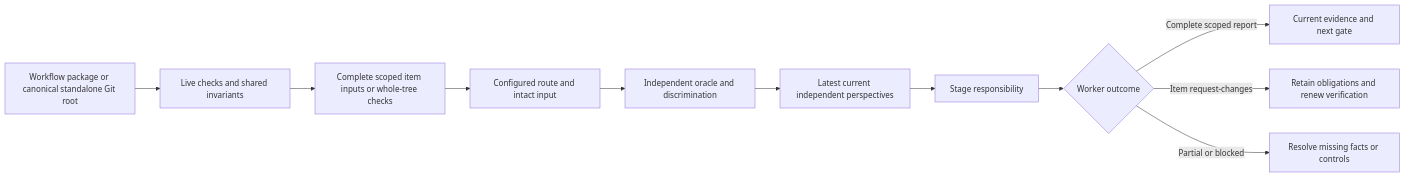
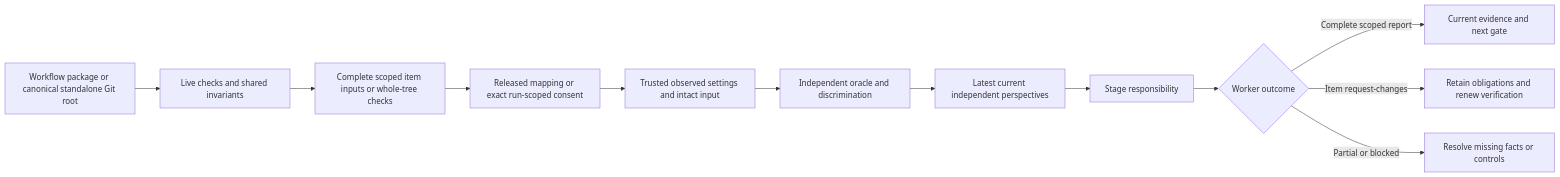
One commit to wgentil/devflow changed the diagram in skills/review-work/SKILL.md. Above: the diagram before and after it, drawn with Mermaid. The commit also changed other lines of this file and 14 other files, not shown here.

````diff
--- a/skills/review-work/SKILL.md
+++ b/skills/review-work/SKILL.md
@@ -18,13 +18,14 @@
 ```mermaid
 flowchart LR
     Scope[Workflow package or canonical standalone Git root] --> Checks[Live checks and shared invariants]
     Checks --> Inputs[Complete scoped item inputs or whole-tree checks]
-    Inputs --> Model[Configured route and intact input]
+    Inputs --> Eligibility[Released mapping or exact run-scoped consent]
+    Eligibility --> Model[Trusted observed settings and intact input]
     Model --> Quality[Independent oracle and discrimination]
     Quality --> Coverage[Latest current independent perspectives]
     Coverage --> Work[Stage responsibility]
     Work --> Result{Worker outcome}
     Result -->|Complete scoped report| Evidence[Current evidence and next gate]
     Result -->|Item request-changes| Retry[Retain obligations and renew verification]
     Result -->|Partial or blocked| Recover[Resolve missing facts or controls]
 ```
````
